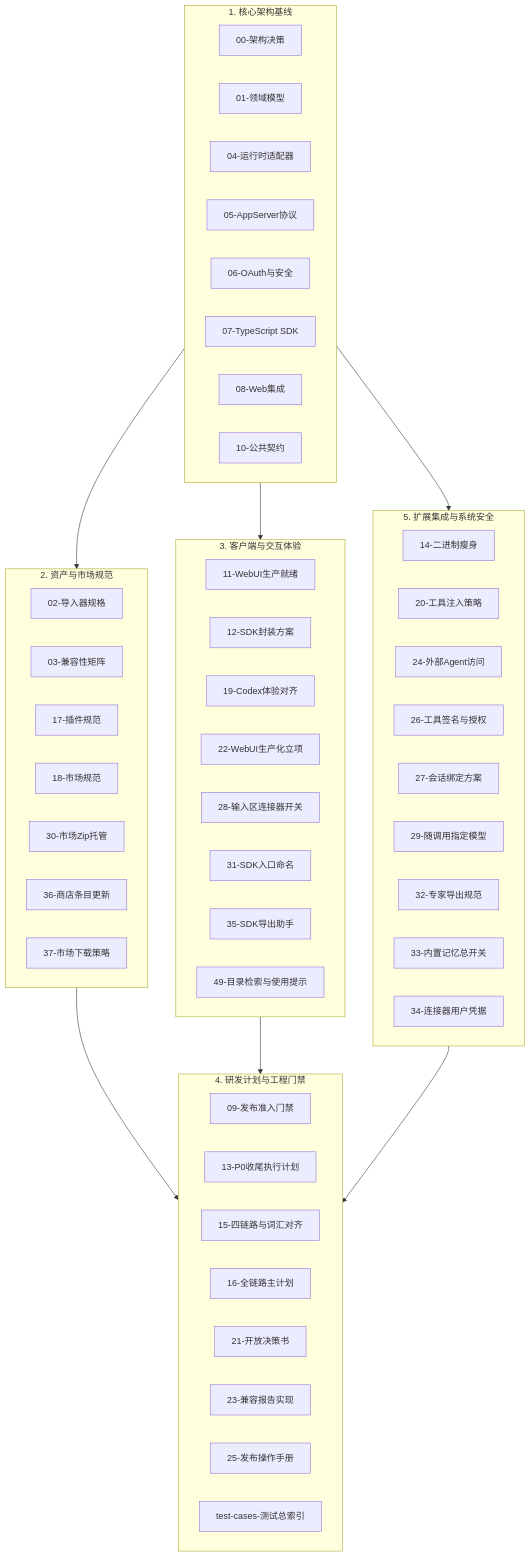
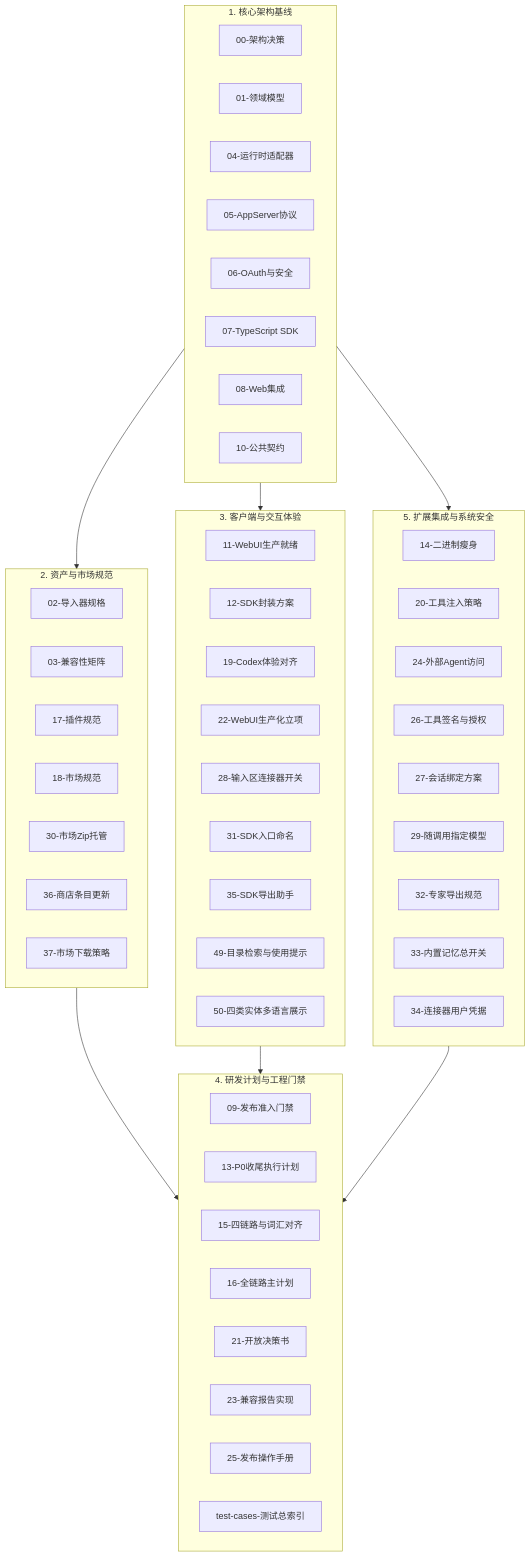
Before and after one commit to Michael-Lfx/allo: the diagram in docs/agent-store/README.md, drawn with Mermaid. The commit also changed other lines of this file and 25 other files, not shown here.

````diff
--- a/docs/agent-store/README.md
+++ b/docs/agent-store/README.md
@@ -13,64 +13,65 @@
 ```mermaid
 flowchart TD
     subgraph D1["1. 核心架构基线"]
         A00["00-架构决策"]
         A01["01-领域模型"]
         A04["04-运行时适配器"]
         A05["05-AppServer协议"]
         A06["06-OAuth与安全"]
         A07["07-TypeScript SDK"]
         A08["08-Web集成"]
         A10["10-公共契约"]
     end
 
     subgraph D2["2. 资产与市场规范"]
         A02["02-导入器规格"]
         A03["03-兼容性矩阵"]
         A17["17-插件规范"]
         A18["18-市场规范"]
         A30["30-市场Zip托管"]
         A36["36-商店条目更新"]
         A37["37-市场下载策略"]
     end
 
     subgraph D3["3. 客户端与交互体验"]
         A11["11-WebUI生产就绪"]
         A12["12-SDK封装方案"]
         A19["19-Codex体验对齐"]
         A22["22-WebUI生产化立项"]
         A28["28-输入区连接器开关"]
         A31["31-SDK入口命名"]
         A35["35-SDK导出助手"]
         A49["49-目录检索与使用提示"]
+        A50["50-四类实体多语言展示"]
     end
 
     subgraph D4["4. 研发计划与工程门禁"]
         A09["09-发布准入门禁"]
         A13["13-P0收尾执行计划"]
         A15["15-四链路与词汇对齐"]
         A16["16-全链路主计划"]
         A21["21-开放决策书"]
         A23["23-兼容报告实现"]
         A25["25-发布操作手册"]
         ATC["test-cases-测试总索引"]
     end
 
     subgraph D5["5. 扩展集成与系统安全"]
         A14["14-二进制瘦身"]
         A20["20-工具注入策略"]
         A24["24-外部Agent访问"]
         A26["26-工具签名与授权"]
         A27["27-会话绑定方案"]
         A29["29-随调用指定模型"]
         A32["32-专家导出规范"]
         A33["33-内置记忆总开关"]
         A34["34-连接器用户凭据"]
     end
 
     D1 --> D2
     D2 --> D4
     D1 --> D3
     D3 --> D4
     D1 --> D5
     D5 --> D4
 ```
````
